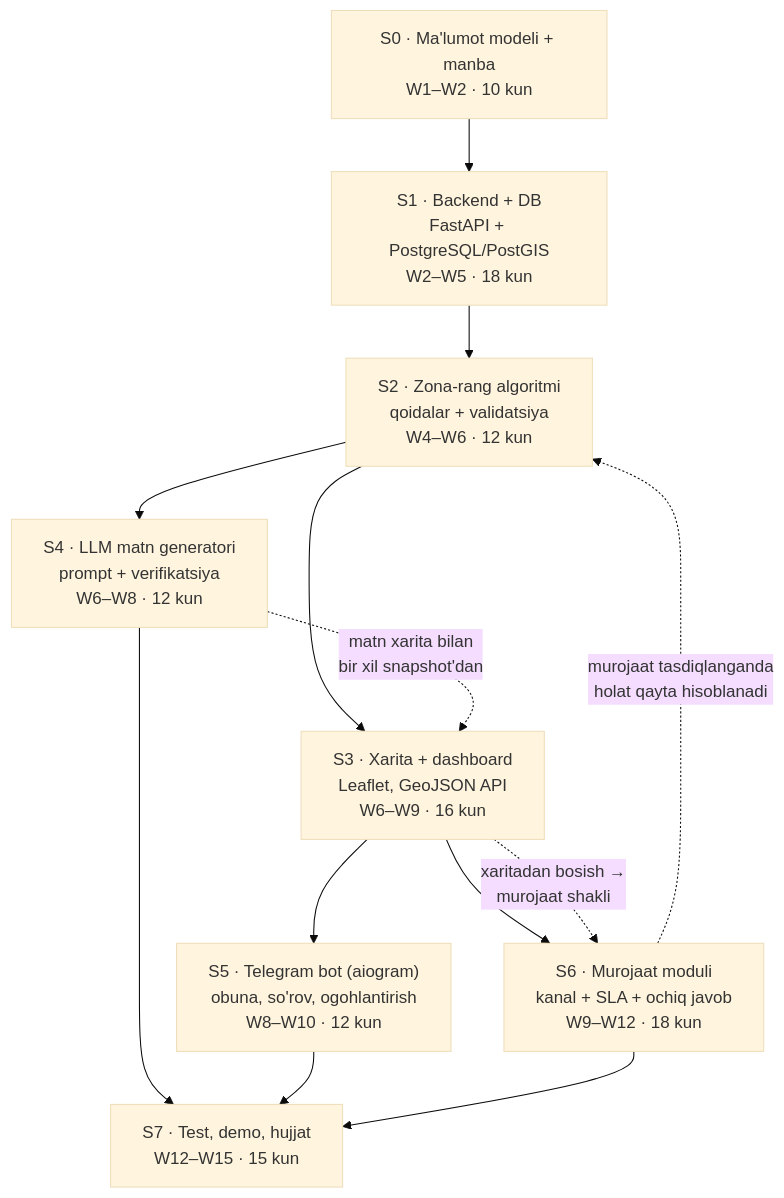
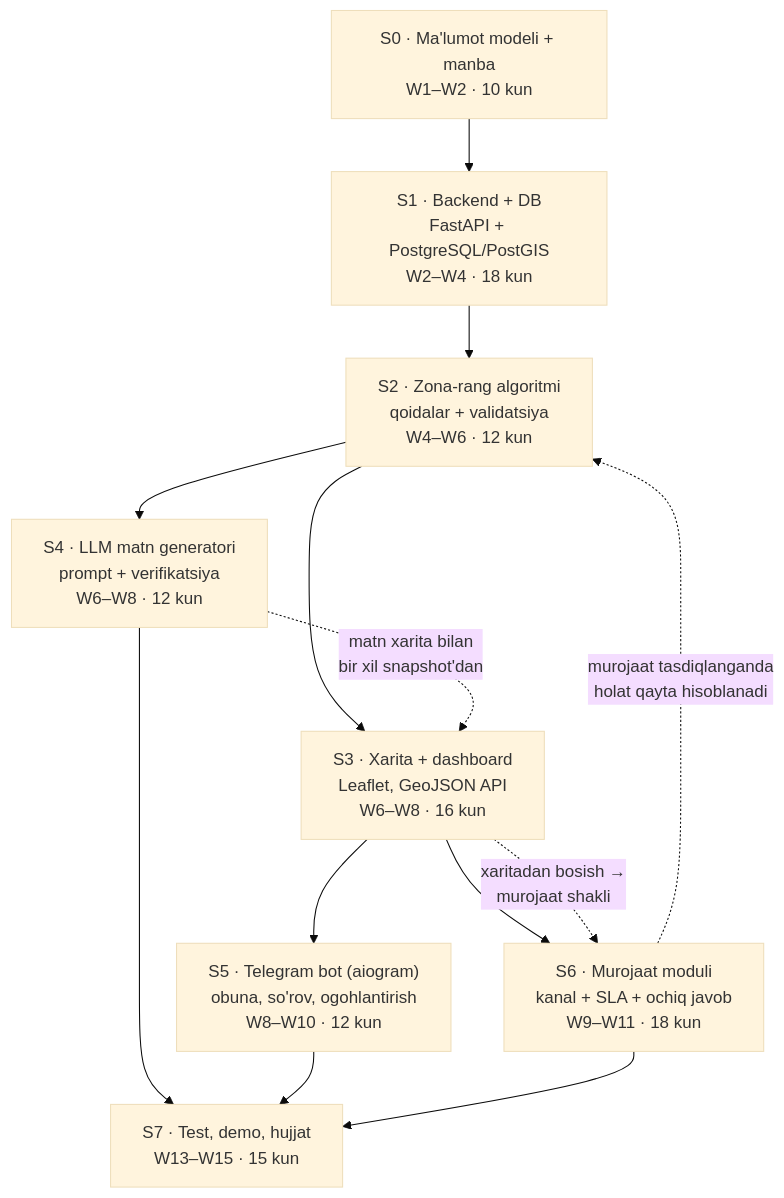
One commit to jasur-ai/minds changed the first of 4 diagrams in 22-ShaxsiyTadqiqot/Loyihalar/Loyiha2-TrashOrganizer/TZ-Ochiq-Eko-Ledger-MVP.md. Above: the diagram before and after it, drawn with Mermaid (base theme). The commit also changed other lines of this file and 7 other files, not shown here.

````diff
--- a/22-ShaxsiyTadqiqot/Loyihalar/Loyiha2-TrashOrganizer/TZ-Ochiq-Eko-Ledger-MVP.md
+++ b/22-ShaxsiyTadqiqot/Loyihalar/Loyiha2-TrashOrganizer/TZ-Ochiq-Eko-Ledger-MVP.md
@@ -79,16 +90,16 @@
 ```mermaid
 flowchart TD
-    S0["S0 · Ma'lumot modeli + manba<br/>W1–W2 · 10 kun"] --> S1["S1 · Backend + DB<br/>FastAPI + PostgreSQL/PostGIS<br/>W2–W5 · 18 kun"]
+    S0["S0 · Ma'lumot modeli + manba<br/>W1–W2 · 10 kun"] --> S1["S1 · Backend + DB<br/>FastAPI + PostgreSQL/PostGIS<br/>W2–W4 · 18 kun"]
     S1 --> S2["S2 · Zona-rang algoritmi<br/>qoidalar + validatsiya<br/>W4–W6 · 12 kun"]
-    S2 --> S3["S3 · Xarita + dashboard<br/>Leaflet, GeoJSON API<br/>W6–W9 · 16 kun"]
+    S2 --> S3["S3 · Xarita + dashboard<br/>Leaflet, GeoJSON API<br/>W6–W8 · 16 kun"]
     S2 --> S4["S4 · LLM matn generatori<br/>prompt + verifikatsiya<br/>W6–W8 · 12 kun"]
     S3 --> S5["S5 · Telegram bot (aiogram)<br/>obuna, so'rov, ogohlantirish<br/>W8–W10 · 12 kun"]
-    S3 --> S6["S6 · Murojaat moduli<br/>kanal + SLA + ochiq javob<br/>W9–W12 · 18 kun"]
-    S4 --> S7["S7 · Test, demo, hujjat<br/>W12–W15 · 15 kun"]
+    S3 --> S6["S6 · Murojaat moduli<br/>kanal + SLA + ochiq javob<br/>W9–W11 · 18 kun"]
+    S4 --> S7["S7 · Test, demo, hujjat<br/>W13–W15 · 15 kun"]
     S5 --> S7
     S6 --> S7
 
     S6 -.->|"murojaat tasdiqlanganda<br/>holat qayta hisoblanadi"| S2
     S3 -.->|"xaritadan bosish →<br/>murojaat shakli"| S6
     S4 -.->|"matn xarita bilan<br/>bir xil snapshot'dan"| S3
 ```
````
